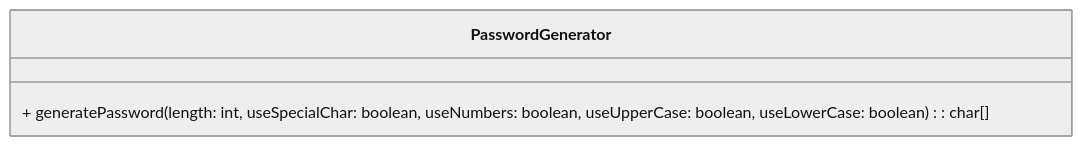
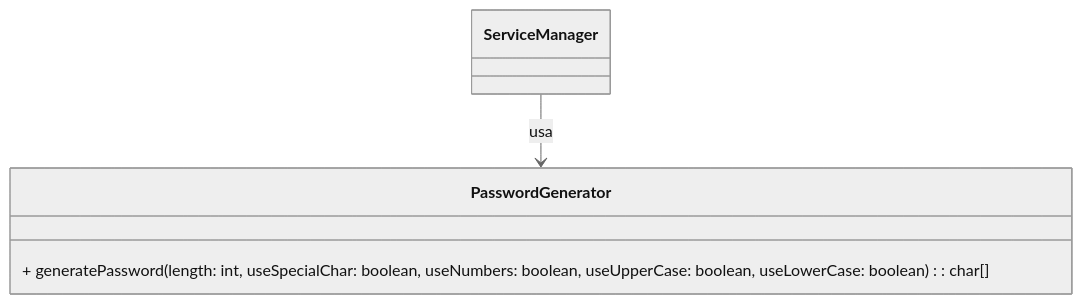
Before and after one commit to ZY-UNIVERSITA/Progetto-OOP: the fifth of 6 diagrams in README.md, drawn with Mermaid (neutral theme). The commit also changed other lines of this file and 1 other file, not shown here.

Commit message:
Fix uml in report

````diff
--- a/README.md
+++ b/README.md
@@ -283,9 +282,11 @@
 ```mermaid
 
 classDiagram
 
     class PasswordGenerator {
         + generatePassword(length: int, useSpecialChar: boolean, useNumbers: boolean, useUpperCase: boolean,  useLowerCase: boolean): char[]
     }
 
+    ServiceManager --> PasswordGenerator : usa
+
 ```
````
